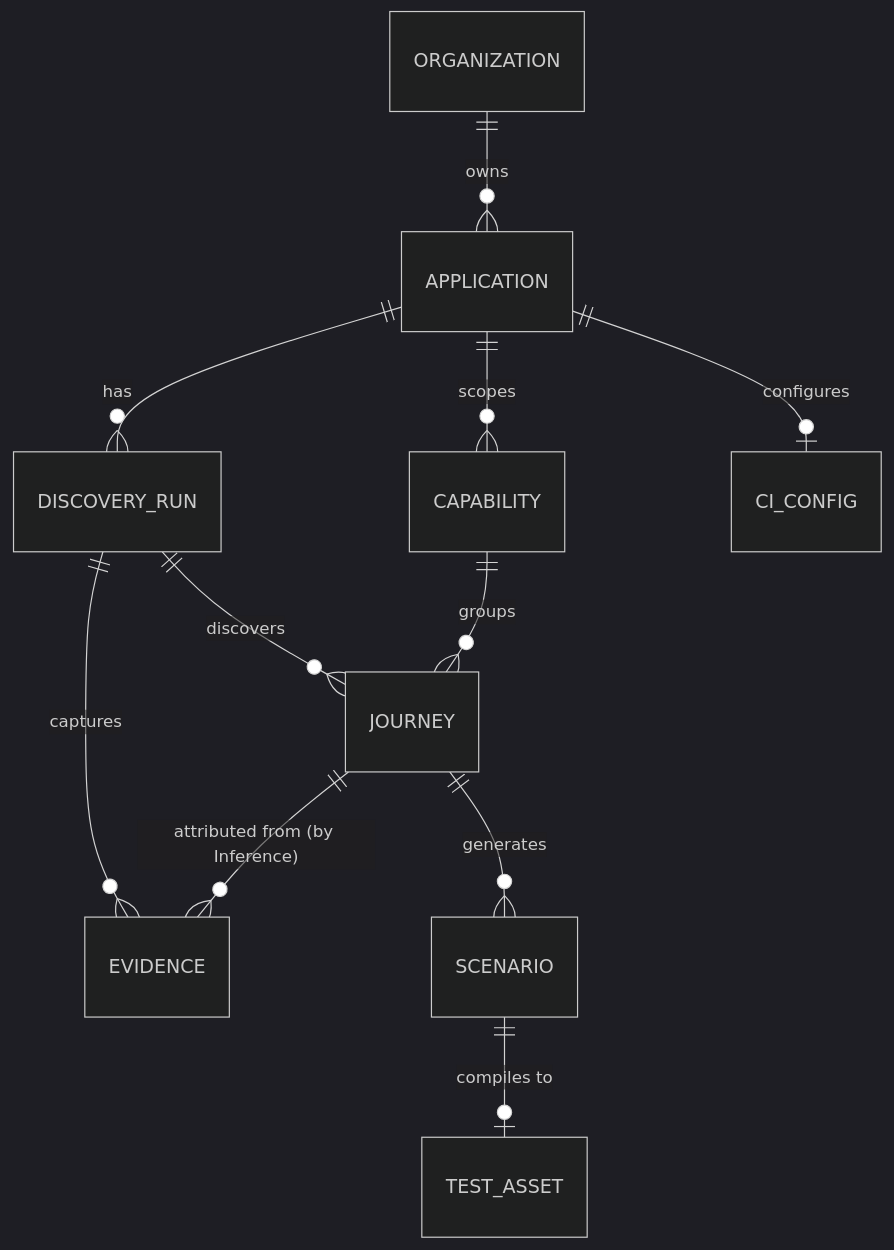
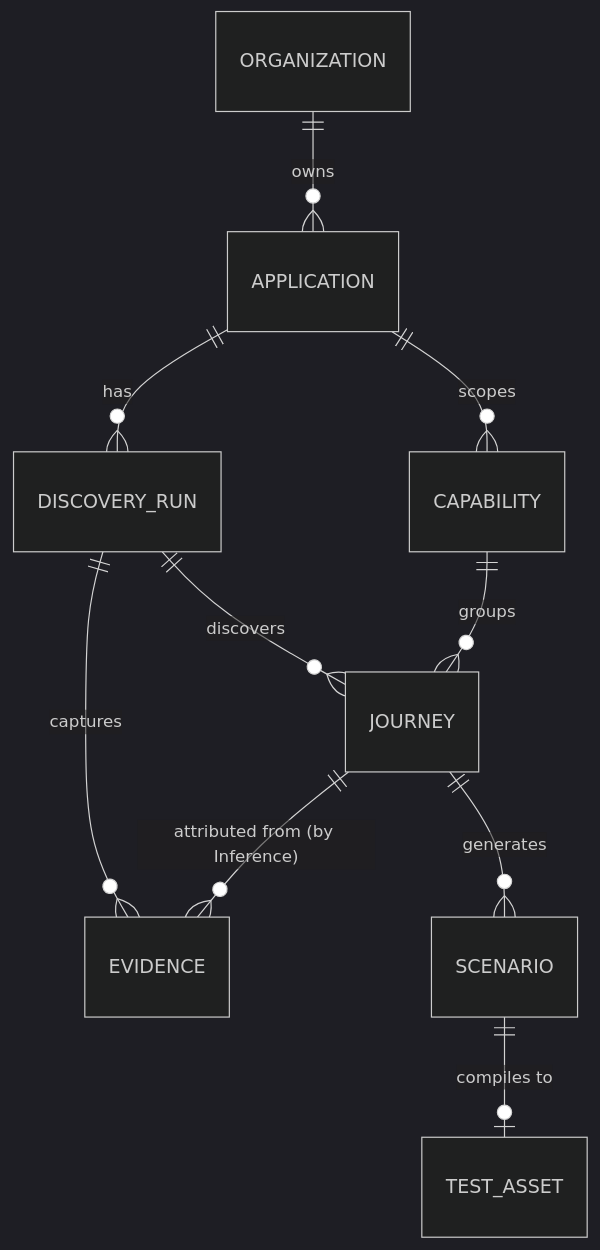
The seventh of 7 diagrams in _bmad-output/planning-artifacts/architecture/architecture-AITestGen-2026-07-13/ARCHITECTURE-SPINE.md (wm-ps/AITESTGEN), drawn with Mermaid (dark theme) before and after one commit. The commit also changed other lines of this file and 24 other files, not shown here.

````diff
--- a/_bmad-output/planning-artifacts/architecture/architecture-AITestGen-2026-07-13/ARCHITECTURE-SPINE.md
+++ b/_bmad-output/planning-artifacts/architecture/architecture-AITestGen-2026-07-13/ARCHITECTURE-SPINE.md
@@ -433,13 +414,12 @@
 ```mermaid
 erDiagram
     ORGANIZATION ||--o{ APPLICATION : owns
     APPLICATION ||--o{ DISCOVERY_RUN : has
     APPLICATION ||--o{ CAPABILITY : scopes
-    APPLICATION ||--o| CI_CONFIG : configures
     DISCOVERY_RUN ||--o{ JOURNEY : discovers
     DISCOVERY_RUN ||--o{ EVIDENCE : captures
     CAPABILITY ||--o{ JOURNEY : groups
     JOURNEY ||--o{ EVIDENCE : "attributed from (by Inference)"
     JOURNEY ||--o{ SCENARIO : generates
     SCENARIO ||--o| TEST_ASSET : "compiles to"
 ```
````
